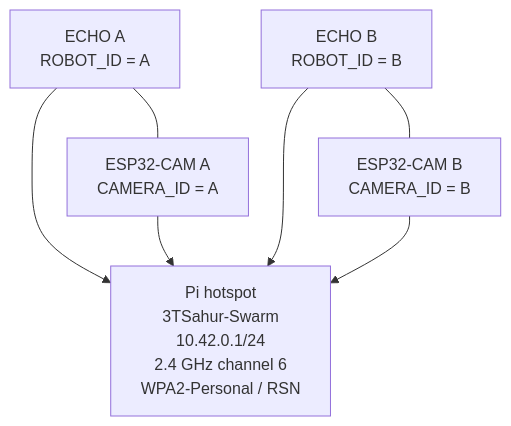
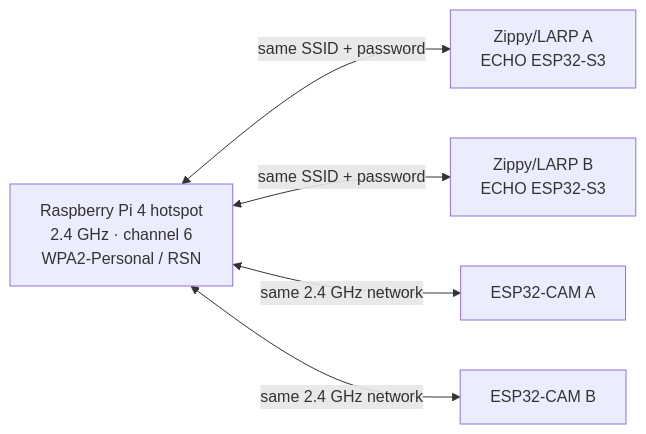
The second of 9 diagrams in README.md (william-thompsonthe1st/STEM-Research-Academy), drawn with Mermaid before and after one commit. The commit also changed other lines of this file, not shown here.

````diff
--- a/README.md
+++ b/README.md
@@ -107,10 +52,7 @@
 ```mermaid
-flowchart TB
-    PI["Pi hotspot\n3TSahur-Swarm\n10.42.0.1/24\n2.4 GHz channel 6\nWPA2-Personal / RSN"]
-    EA["ECHO A\nROBOT_ID = A"] --> PI
-    CA["ESP32-CAM A\nCAMERA_ID = A"] --> PI
-    EB["ECHO B\nROBOT_ID = B"] --> PI
-    CB["ESP32-CAM B\nCAMERA_ID = B"] --> PI
-    EA --- CA
-    EB --- CB
+flowchart LR
+    PI["Raspberry Pi 4 hotspot\n2.4 GHz · channel 6\nWPA2-Personal / RSN"] <-->|"same SSID + password"| ZA["Zippy/LARP A\nECHO ESP32-S3"]
+    PI <-->|"same SSID + password"| ZB["Zippy/LARP B\nECHO ESP32-S3"]
+    PI <-->|"same 2.4 GHz network"| CA["ESP32-CAM A"]
+    PI <-->|"same 2.4 GHz network"| CB["ESP32-CAM B"]
 ```
````
